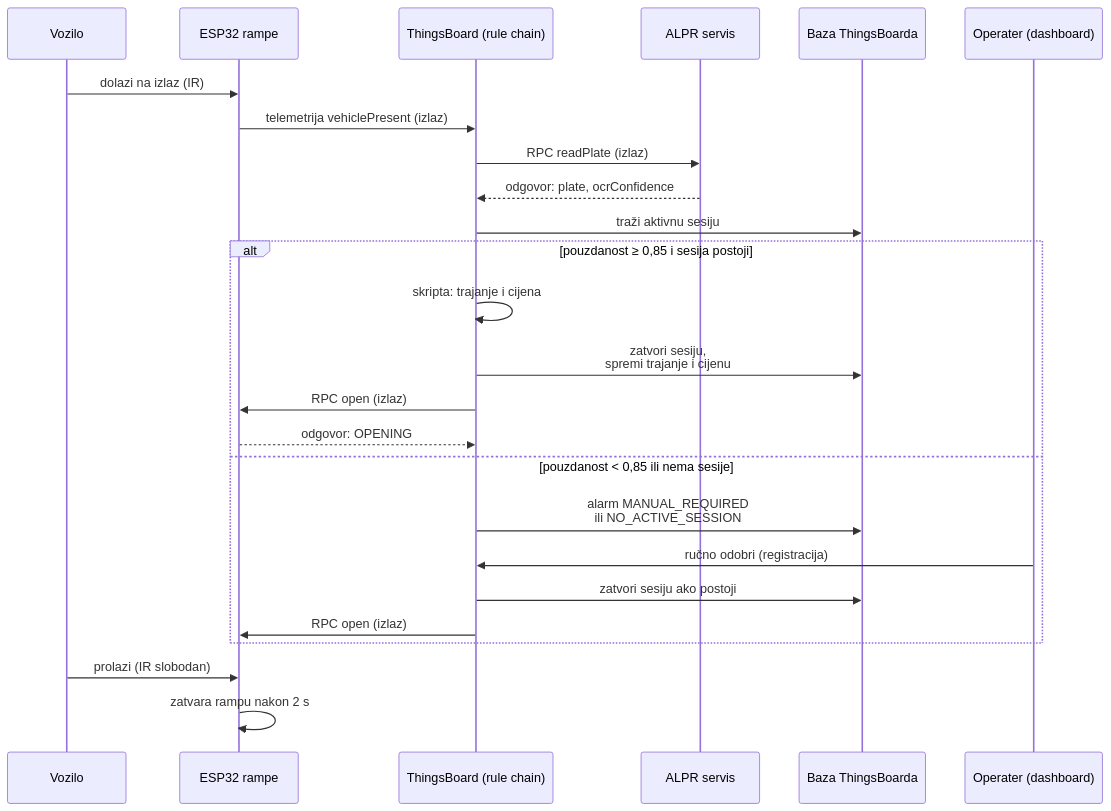
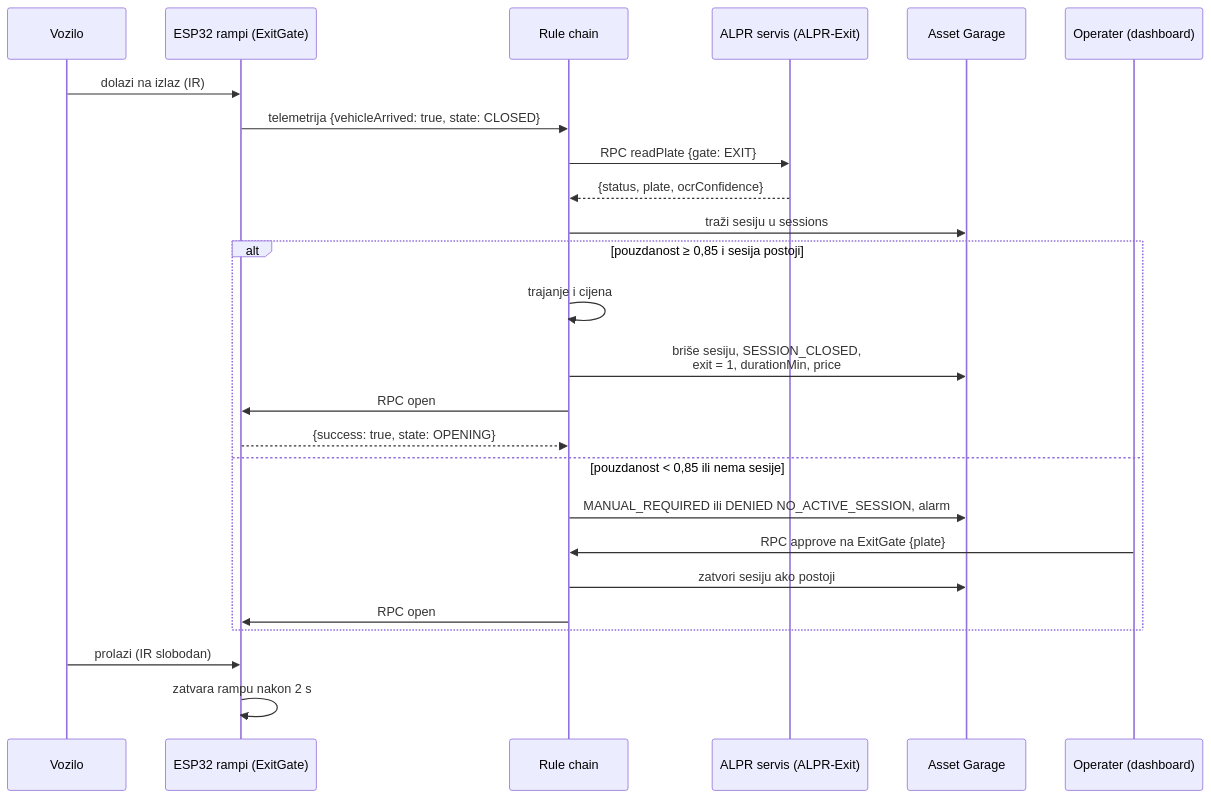
One commit to iampaviic/IoTGarage changed the ninth of 9 diagrams in PROJEKT/sustav/varijanta-b.md. Above: the diagram before and after it, drawn with Mermaid. The commit also changed other lines of this file and 37 other files, not shown here.

First line of the commit message:
Docs: switch the project to varijanta B; sensor node sequence diagrams

````diff
--- a/PROJEKT/sustav/varijanta-b.md
+++ b/PROJEKT/sustav/varijanta-b.md
@@ -118,27 +298,27 @@
 ```mermaid
 sequenceDiagram
   participant V as Vozilo
-  participant R as ESP32 rampe
-  participant TB as ThingsBoard (rule chain)
-  participant A as ALPR servis
-  participant DB as Baza ThingsBoarda
+  participant R as ESP32 rampi (ExitGate)
+  participant RC as Rule chain
+  participant A as ALPR servis (ALPR-Exit)
+  participant G as Asset Garage
   participant O as Operater (dashboard)
   V->>R: dolazi na izlaz (IR)
-  R->>TB: telemetrija vehiclePresent (izlaz)
-  TB->>A: RPC readPlate (izlaz)
-  A-->>TB: odgovor: plate, ocrConfidence
-  TB->>DB: traži aktivnu sesiju
+  R->>RC: telemetrija {vehicleArrived: true, state: CLOSED}
+  RC->>A: RPC readPlate {gate: EXIT}
+  A-->>RC: {status, plate, ocrConfidence}
+  RC->>G: traži sesiju u sessions
   alt pouzdanost ≥ 0,85 i sesija postoji
-    TB->>TB: skripta: trajanje i cijena
-    TB->>DB: zatvori sesiju,<br/>spremi trajanje i cijenu
-    TB->>R: RPC open (izlaz)
-    R-->>TB: odgovor: OPENING
+    RC->>RC: trajanje i cijena
+    RC->>G: briše sesiju, SESSION_CLOSED,<br/>exit = 1, durationMin, price
+    RC->>R: RPC open
+    R-->>RC: {success: true, state: OPENING}
   else pouzdanost < 0,85 ili nema sesije
-    TB->>DB: alarm MANUAL_REQUIRED<br/>ili NO_ACTIVE_SESSION
-    O->>TB: ručno odobri (registracija)
-    TB->>DB: zatvori sesiju ako postoji
-    TB->>R: RPC open (izlaz)
+    RC->>G: MANUAL_REQUIRED ili DENIED NO_ACTIVE_SESSION, alarm
+    O->>RC: RPC approve na ExitGate {plate}
+    RC->>G: zatvori sesiju ako postoji
+    RC->>R: RPC open
   end
   V->>R: prolazi (IR slobodan)
   R->>R: zatvara rampu nakon 2 s
 ```
````
